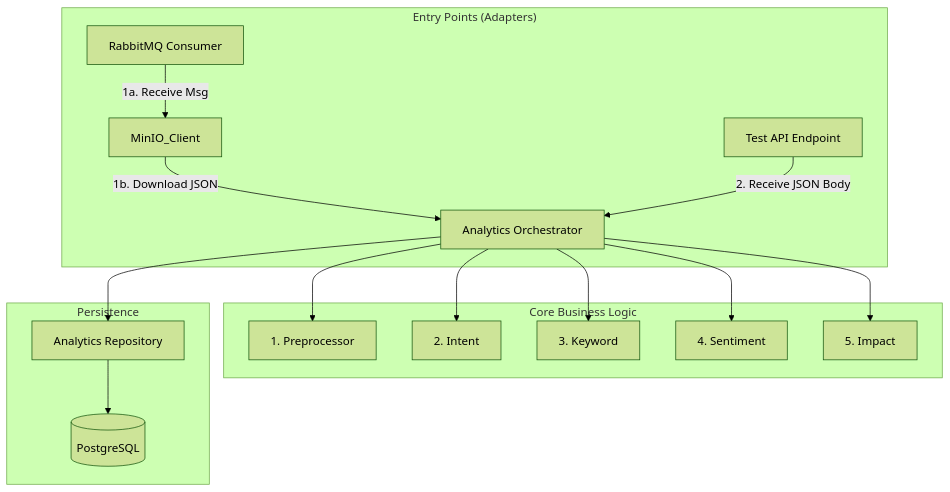
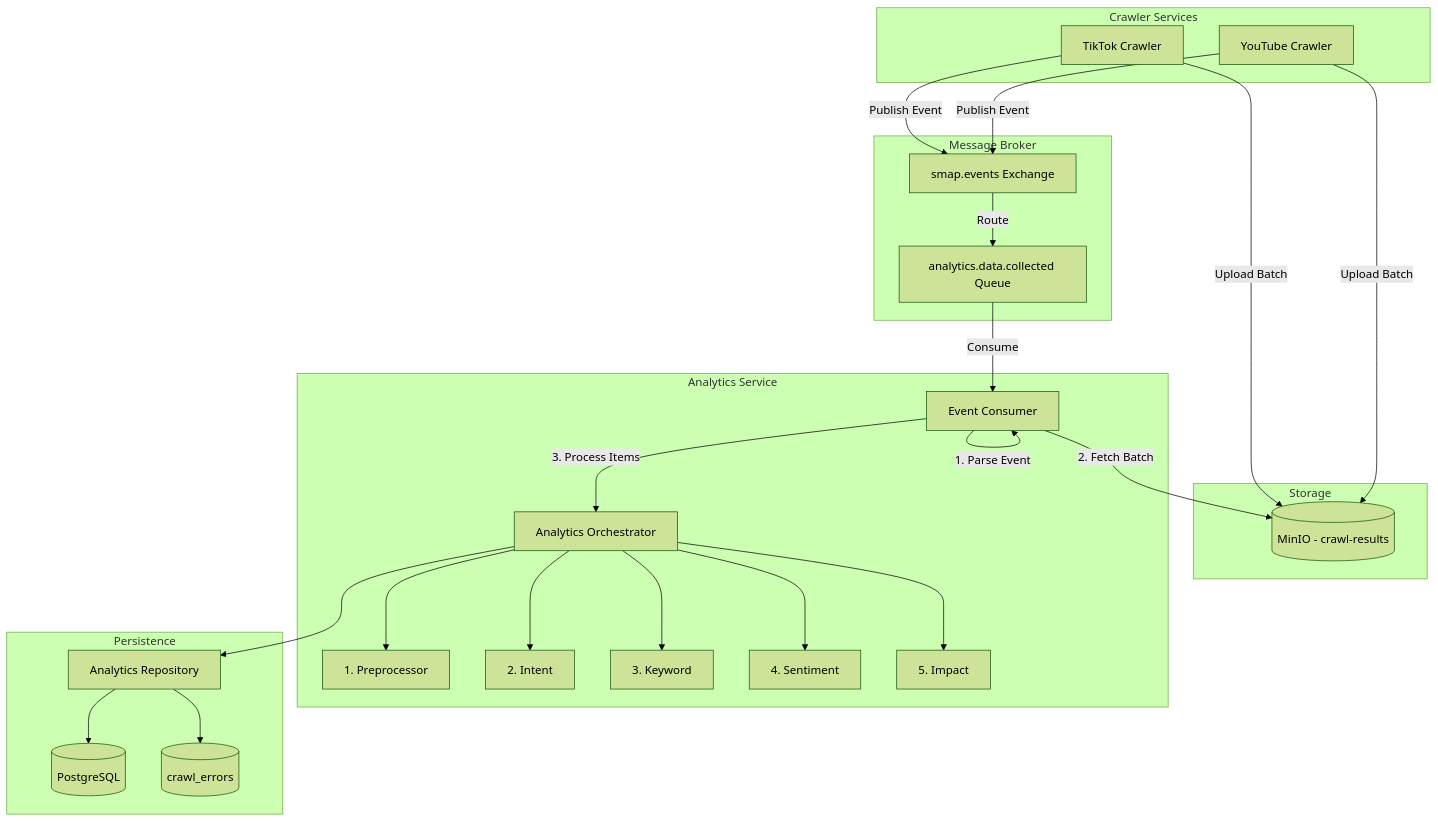
One commit to smap-hcmut/analysis-srv changed the first of 2 diagrams in document/analytic_orchestrator.md. Above: the diagram before and after it, drawn with Mermaid (forest theme). The commit also changed other lines of this file and 117 other files, not shown here.

````diff
--- a/document/analytic_orchestrator.md
+++ b/document/analytic_orchestrator.md
@@ -18,24 +19,44 @@
 ```mermaid
 graph TD
-    subgraph "Entry Points (Adapters)"
-        Queue[RabbitMQ Consumer] -->|1a. Receive Msg| MinIO_Client
-        MinIO_Client -->|1b. Download JSON| Orchestrator
-
-        API[Test API Endpoint] -->|2. Receive JSON Body| Orchestrator
+    subgraph "Crawler Services"
+        TikTok[TikTok Crawler]
+        YouTube[YouTube Crawler]
     end
 
-    subgraph "Core Business Logic"
+    subgraph "Message Broker"
+        Exchange[smap.events Exchange]
+        Queue[analytics.data.collected Queue]
+    end
+
+    subgraph "Storage"
+        MinIO[(MinIO - crawl-results)]
+    end
+
+    subgraph "Analytics Service"
+        Consumer[Event Consumer]
         Orchestrator[Analytics Orchestrator]
+
+        Consumer -->|1. Parse Event| Consumer
+        Consumer -->|2. Fetch Batch| MinIO
+        Consumer -->|3. Process Items| Orchestrator
 
         Orchestrator --> Module1[1. Preprocessor]
         Orchestrator --> Module2[2. Intent]
         Orchestrator --> Module3[3. Keyword]
         Orchestrator --> Module4[4. Sentiment]
         Orchestrator --> Module5[5. Impact]
     end
 
     subgraph "Persistence"
         Orchestrator --> Repo[Analytics Repository]
         Repo --> DB[(PostgreSQL)]
+        Repo --> ErrorDB[(crawl_errors)]
     end
+
+    TikTok -->|Upload Batch| MinIO
+    YouTube -->|Upload Batch| MinIO
+    TikTok -->|Publish Event| Exchange
+    YouTube -->|Publish Event| Exchange
+    Exchange -->|Route| Queue
+    Queue -->|Consume| Consumer
 ```
````
